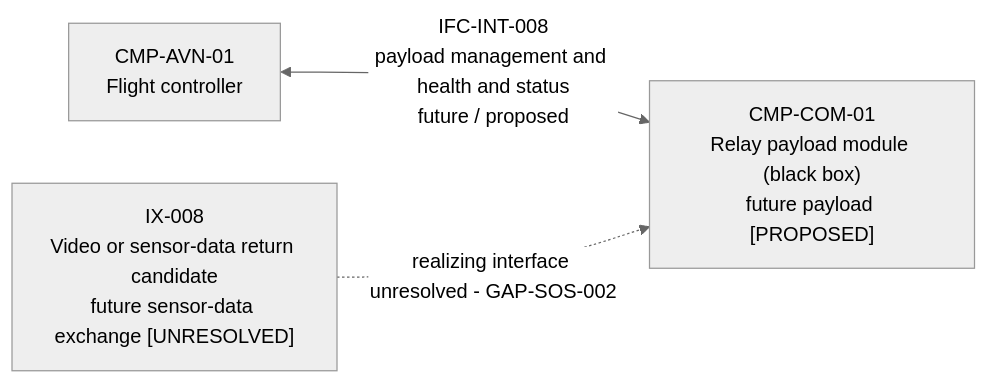
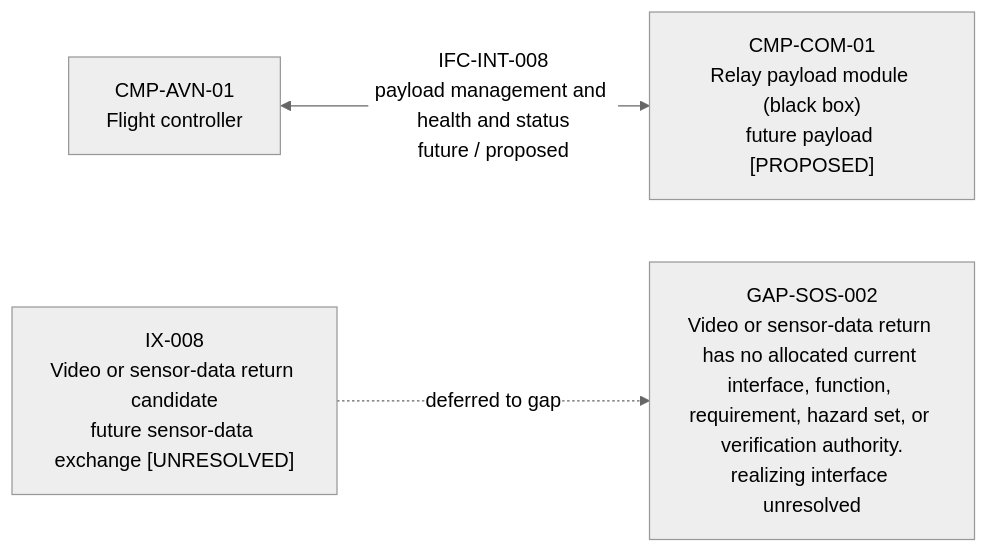
Before and after one commit to noahstephenson/low-cost-relay-uas: the ninth of 22 diagrams in reports/architecture-views.md, drawn with Mermaid (neutral theme). The commit also changed other lines of this file and 11 other files, not shown here.

````diff
--- a/reports/architecture-views.md
+++ b/reports/architecture-views.md
@@ -209,9 +209,10 @@
 ```mermaid
 flowchart LR
     %% Configuration scope: CFG-DIG / CFG-SOS only
     CMP_AVN_01["CMP-AVN-01<br/>Flight controller"]
     CMP_COM_01["CMP-COM-01<br/>Relay payload module (black box)<br/>future payload [PROPOSED]"]
     CMP_AVN_01 <-->|"IFC-INT-008<br/>payload management and health and status<br/>future / proposed"| CMP_COM_01
     IX_008["IX-008<br/>Video or sensor-data return candidate<br/>future sensor-data exchange [UNRESOLVED]"]
-    IX_008 -.->|"realizing interface unresolved - GAP-SOS-002"| CMP_COM_01
+    GAP_SOS_002["GAP-SOS-002<br/>Video or sensor-data return has no allocated current interface, function, requirement, hazard set, or verification authority.<br/>realizing interface unresolved"]
+    IX_008 -.->|"deferred to gap"| GAP_SOS_002
 ```
````
